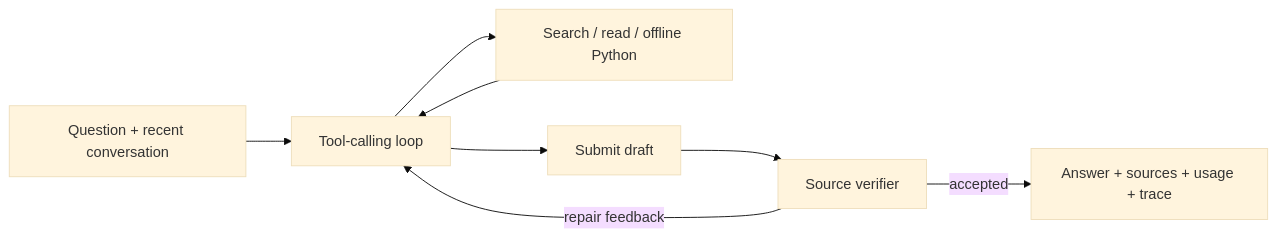
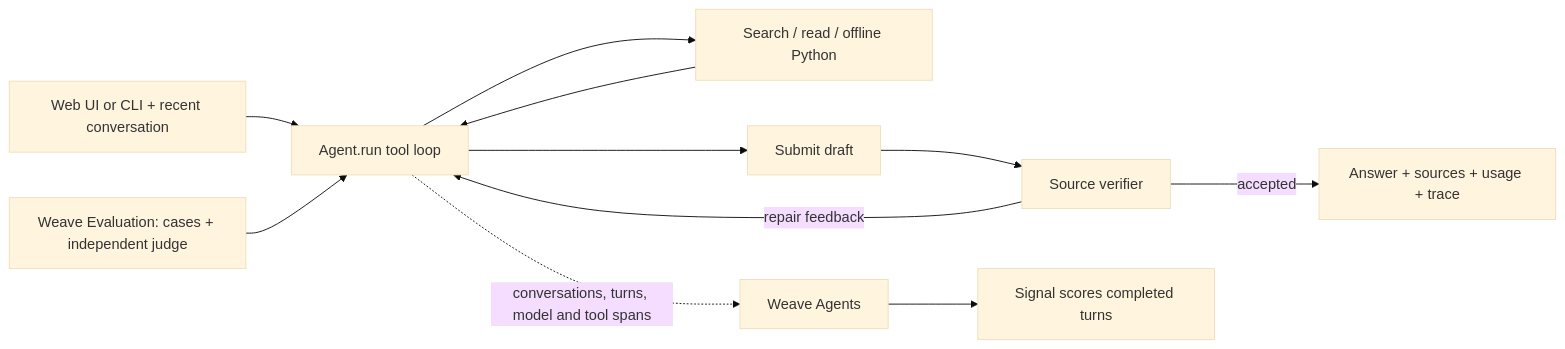
The diagram in README.md (devsodhirao/coreweaving), drawn with Mermaid (base theme) before and after one commit. The commit also changed other lines of this file and 6 other files, not shown here.

````diff
--- a/README.md
+++ b/README.md
@@ -54,10 +54,13 @@
 ```mermaid
 flowchart LR
-    Q[Question + recent conversation] --> A[Tool-calling loop]
+    Q[Web UI or CLI + recent conversation] --> A[Agent.run tool loop]
     A --> T[Search / read / offline Python]
     T --> A
     A --> D[Submit draft]
     D --> V[Source verifier]
     V -->|repair feedback| A
     V -->|accepted| U[Answer + sources + usage + trace]
+    E[Weave Evaluation: cases + independent judge] --> A
+    A -. conversations, turns, model and tool spans .-> W[Weave Agents]
+    W --> S[Signal scores completed turns]
 ```
````
